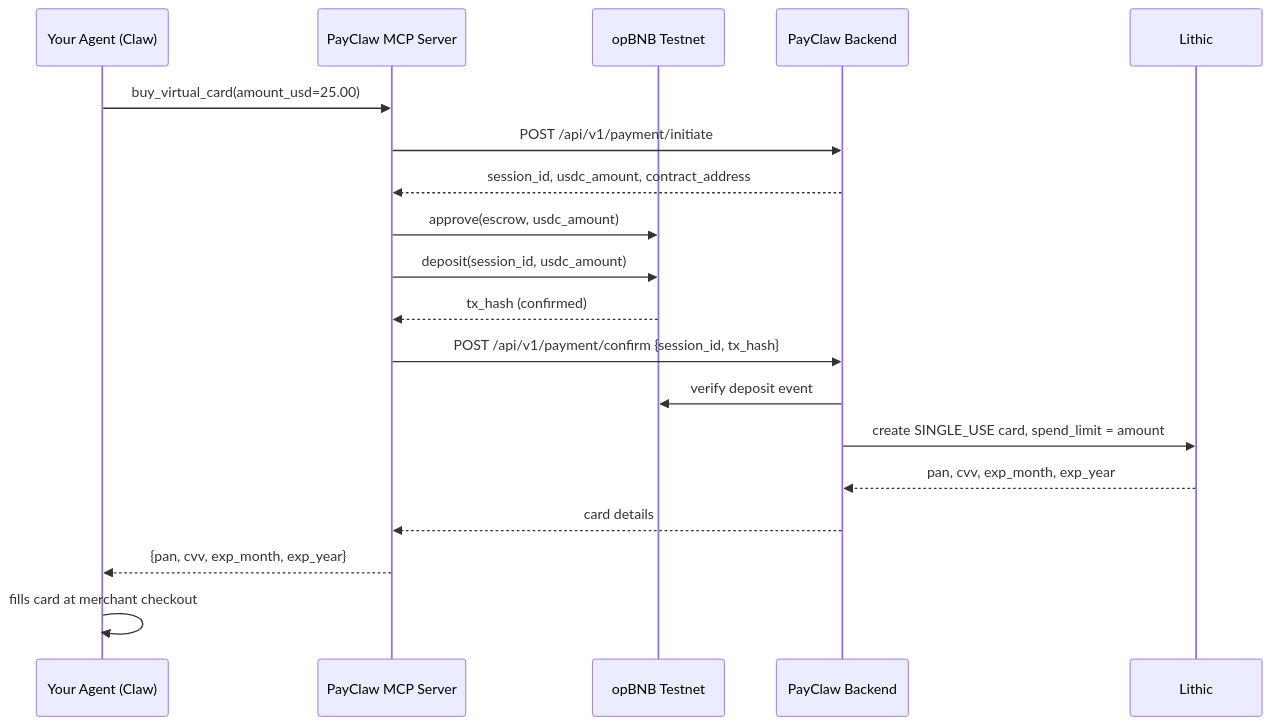
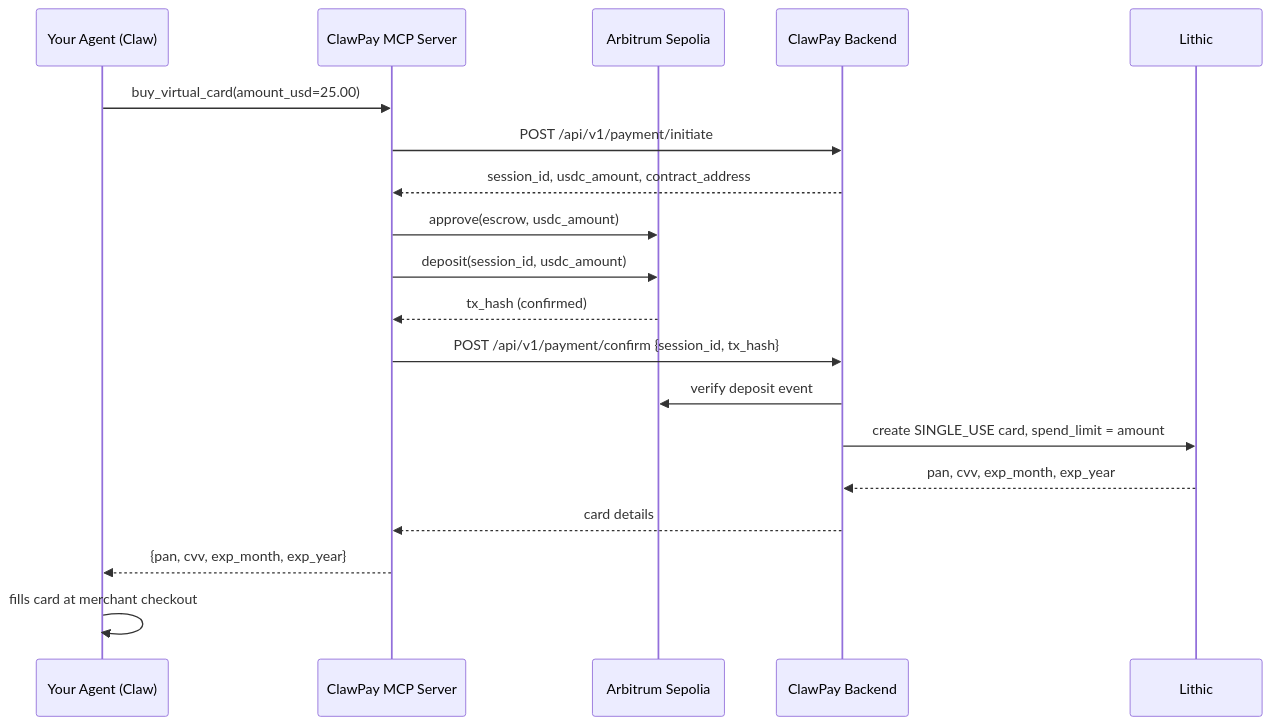
Before and after one commit to adilhusain01/clawpay: the diagram in README.md, drawn with Mermaid. The commit also changed other lines of this file, not shown here.

````diff
--- a/README.md
+++ b/README.md
@@ -143,22 +150,22 @@
 ```mermaid
 sequenceDiagram
     participant Agent as Your Agent (Claw)
-    participant MCP as PayClaw MCP Server
-    participant Chain as opBNB Testnet
-    participant API as PayClaw Backend
+    participant MCP as ClawPay MCP Server
+    participant Chain as Arbitrum Sepolia
+    participant API as ClawPay Backend
     participant Lithic
 
     Agent->>MCP: buy_virtual_card(amount_usd=25.00)
     MCP->>API: POST /api/v1/payment/initiate
     API-->>MCP: session_id, usdc_amount, contract_address
     MCP->>Chain: approve(escrow, usdc_amount)
     MCP->>Chain: deposit(session_id, usdc_amount)
     Chain-->>MCP: tx_hash (confirmed)
     MCP->>API: POST /api/v1/payment/confirm {session_id, tx_hash}
     API->>Chain: verify deposit event
     API->>Lithic: create SINGLE_USE card, spend_limit = amount
     Lithic-->>API: pan, cvv, exp_month, exp_year
     API-->>MCP: card details
     MCP-->>Agent: {pan, cvv, exp_month, exp_year}
     Agent->>Agent: fills card at merchant checkout
 ```
````
